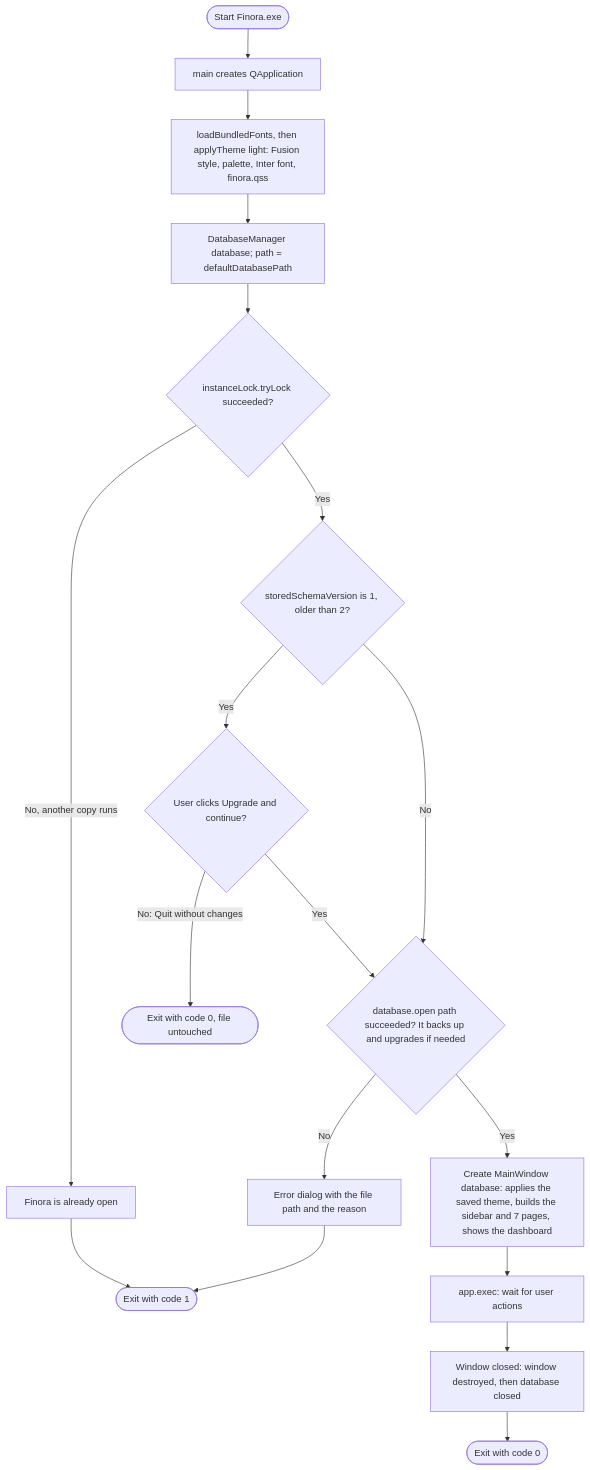
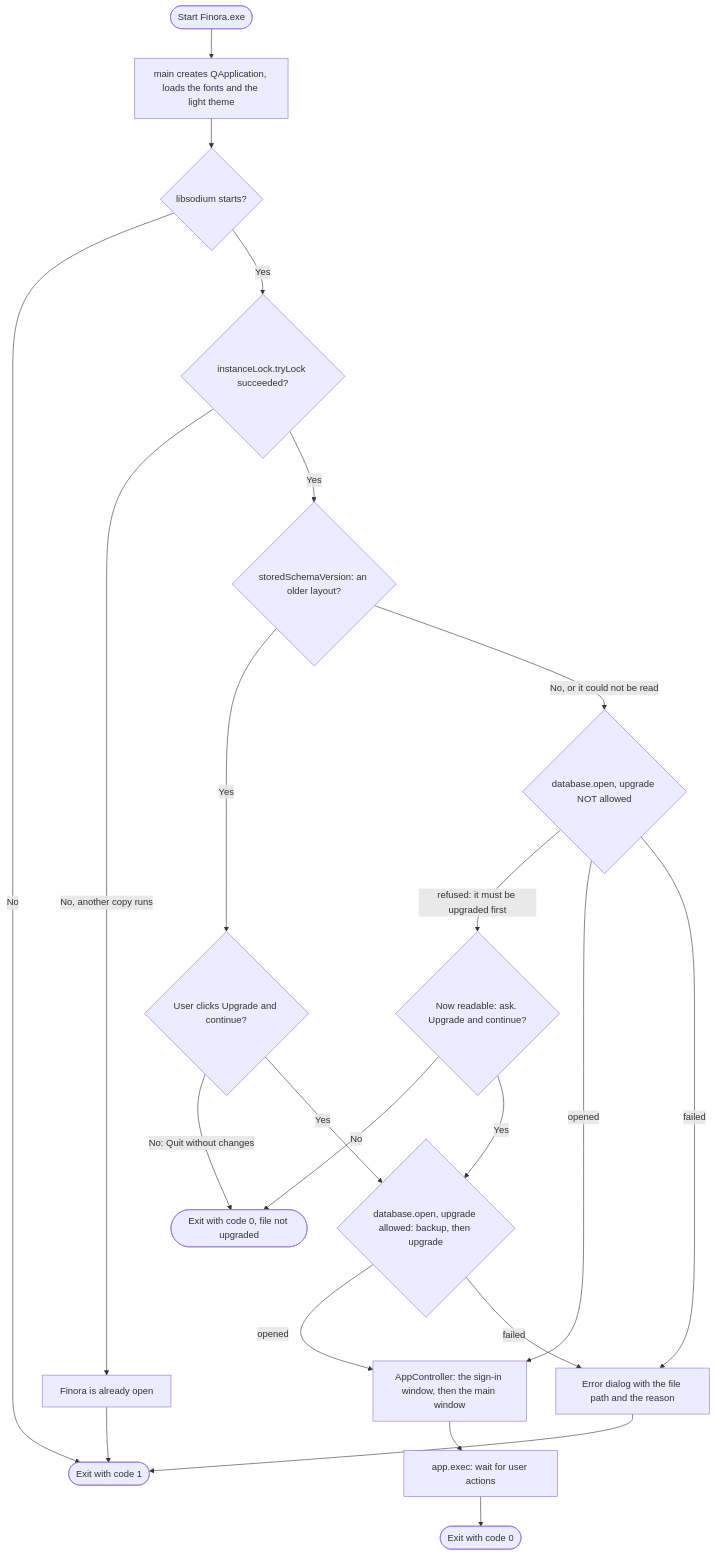
Before and after one commit to msaeed-dev-stack/Finora: the second of 13 diagrams in docs/DESIGN.md, drawn with Mermaid. The commit also changed other lines of this file and 34 other files, not shown here.

````diff
--- a/docs/DESIGN.md
+++ b/docs/DESIGN.md
@@ -43,20 +43,24 @@
 ```mermaid
 flowchart TD
-    A([Start Finora.exe]) --> B["main creates QApplication"]
-    B --> C["loadBundledFonts, then applyTheme light: Fusion style, palette, Inter font, finora.qss"]
-    C --> D["DatabaseManager database; path = defaultDatabasePath"]
-    D --> L{"instanceLock.tryLock succeeded?"}
+    A([Start Finora.exe]) --> B["main creates QApplication, loads the fonts and the light theme"]
+    B --> S{"libsodium starts?"}
+    S -- No --> G([Exit with code 1])
+    S -- Yes --> L{"instanceLock.tryLock succeeded?"}
     L -- "No, another copy runs" --> M["Finora is already open"]
-    M --> G([Exit with code 1])
-    L -- Yes --> V{"storedSchemaVersion is 1, older than 2?"}
+    M --> G
+    L -- Yes --> V{"storedSchemaVersion: an older layout?"}
     V -- Yes --> Q{"User clicks Upgrade and continue?"}
-    Q -- "No: Quit without changes" --> Z([Exit with code 0, file untouched])
-    Q -- Yes --> E
-    V -- No --> E{"database.open path succeeded? It backs up and upgrades if needed"}
-    E -- No --> F["Error dialog with the file path and the reason"]
+    Q -- "No: Quit without changes" --> Z([Exit with code 0, file not upgraded])
+    Q -- Yes --> E{"database.open, upgrade allowed: backup, then upgrade"}
+    V -- "No, or it could not be read" --> N{"database.open, upgrade NOT allowed"}
+    N -- "refused: it must be upgraded first" --> Q2{"Now readable: ask. Upgrade and continue?"}
+    Q2 -- No --> Z
+    Q2 -- Yes --> E
+    N -- opened --> H
+    N -- failed --> F
+    E -- opened --> H["AppController: the sign-in window, then the main window"]
+    E -- failed --> F["Error dialog with the file path and the reason"]
     F --> G
-    E -- Yes --> H["Create MainWindow database: applies the saved theme, builds the sidebar and 7 pages, shows the dashboard"]
     H --> I["app.exec: wait for user actions"]
-    I --> J["Window closed: window destroyed, then database closed"]
-    J --> K([Exit with code 0])
+    I --> K([Exit with code 0])
 ```
````
